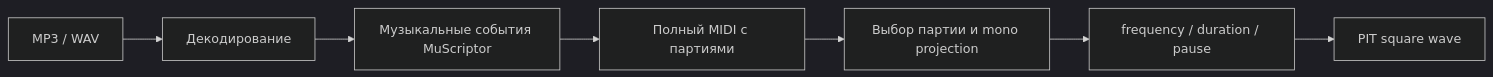
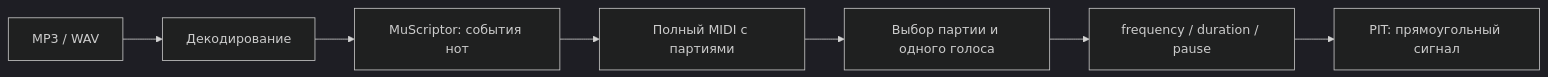
Before and after one commit to esinkirill/speaker-studio: the diagram in docs/RESEARCH.md, drawn with Mermaid (dark theme). The commit also changed other lines of this file and 13 other files, not shown here.

````diff
--- a/docs/RESEARCH.md
+++ b/docs/RESEARCH.md
@@ -48,9 +64,9 @@
 ```mermaid
 flowchart LR
     A[MP3 / WAV] --> B[Декодирование]
-    B --> C[Музыкальные события MuScriptor]
+    B --> C[MuScriptor: события нот]
     C --> D[Полный MIDI с партиями]
-    D --> E[Выбор партии и mono projection]
+    D --> E[Выбор партии и одного голоса]
     E --> F[frequency / duration / pause]
-    F --> G[PIT square wave]
+    F --> G[PIT: прямоугольный сигнал]
 ```
````
